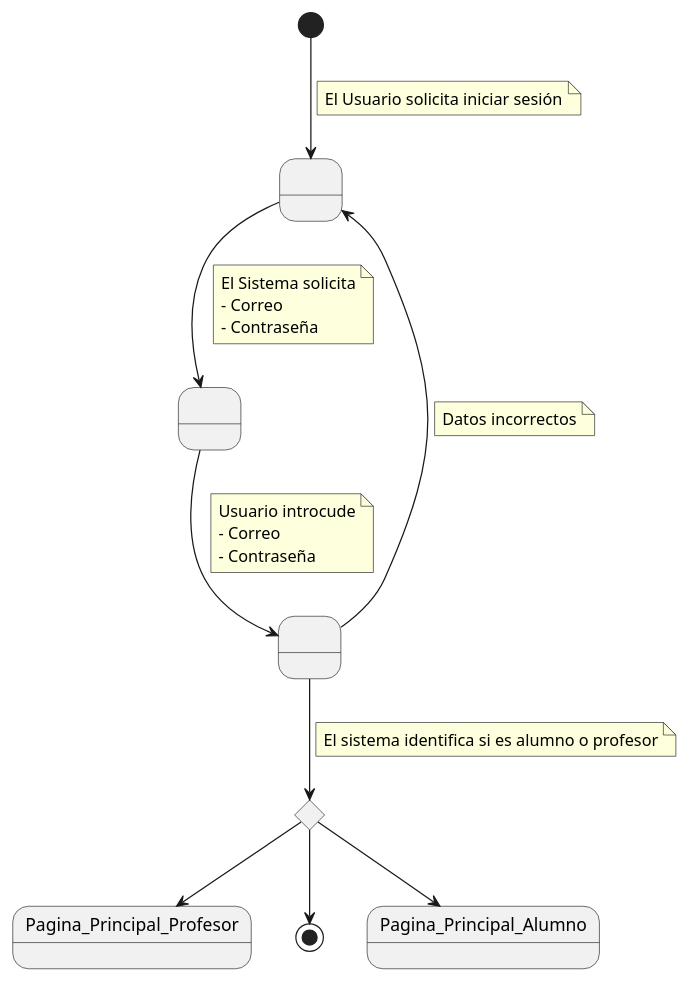
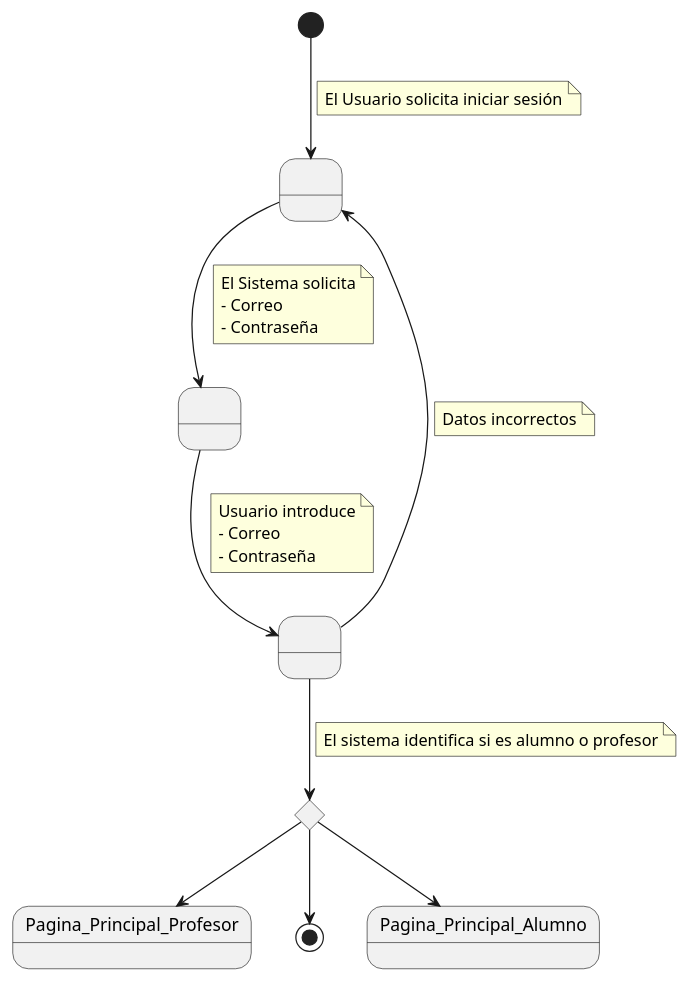
One commit to mmasias/24-25-IdSw1-SDR changed the diagram in Documentos/DetallarCasosDeUso/IniciarSesion.puml. Above: the diagram before and after it, drawn with PlantUML.

Commit message:
Corrección de la palabra introduce

```diff
--- a/Documentos/DetallarCasosDeUso/IniciarSesion.puml
+++ b/Documentos/DetallarCasosDeUso/IniciarSesion.puml
@@ -1,37 +1,37 @@
 @startuml
 
 state " " as Estado1
 state " " as Estado2
 state " " as Estado3
 
 [*] --> Estado1
     note on link
         El Usuario solicita iniciar sesión
     end note
 Estado1 --> Estado2
     note on link
         El Sistema solicita
         - Correo
         - Contraseña
     end note
     Estado2 --> Estado3
     note on link
-        Usuario introcude
+        Usuario introduce
         - Correo
         - Contraseña
     end note
 state rombo <<choice>>
         Estado3 --> rombo
     note on link
         El sistema identifica si es alumno o profesor
     end note
 
         Estado3 --> Estado1
     note on link
         Datos incorrectos
     end note
     rombo --> Pagina_Principal_Profesor
     rombo --> [*]
     rombo --> Pagina_Principal_Alumno
 
 @enduml
```
